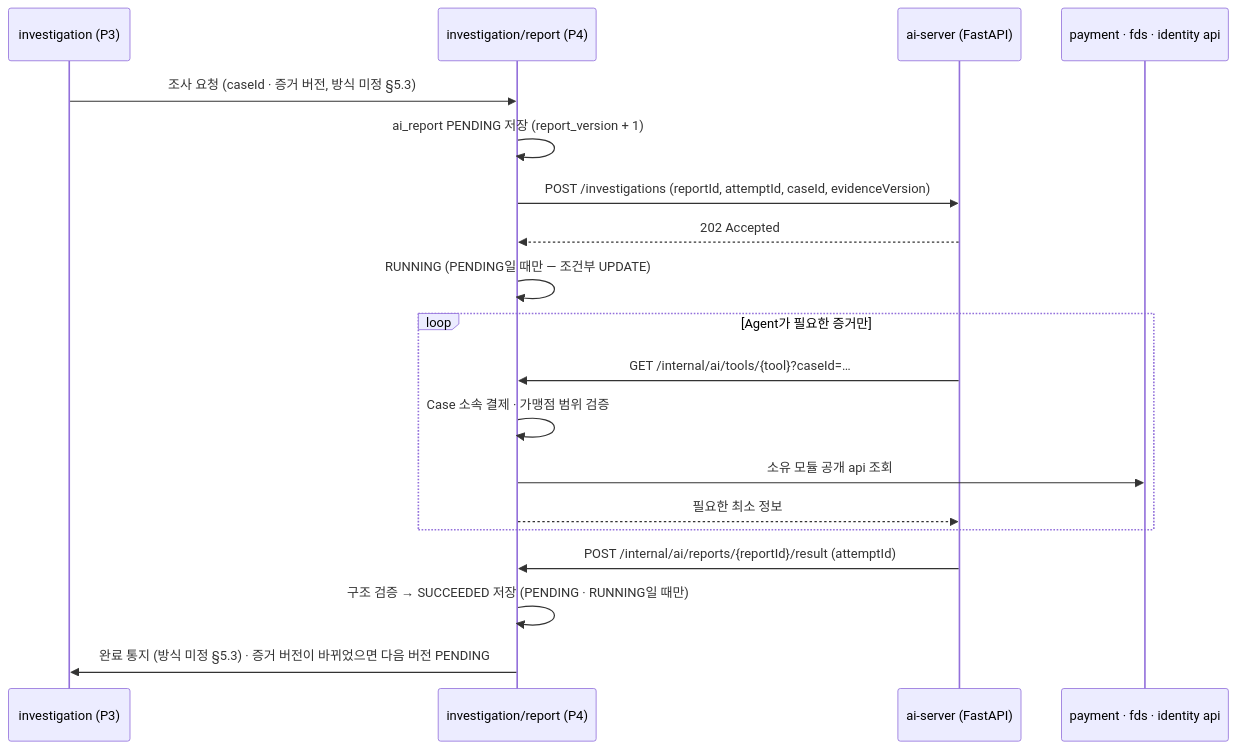
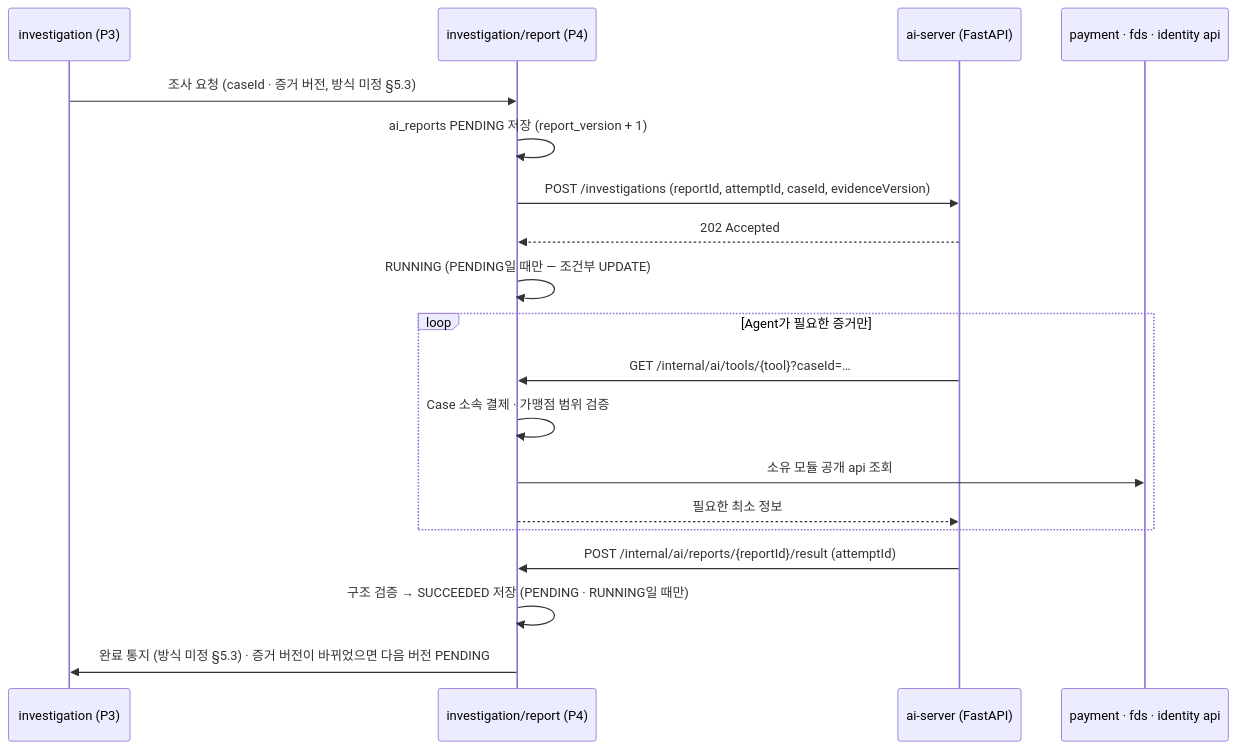
The diagram in docs/decisions/0009-ai-investigation-call-structure.md (HyunGyu-Cho/DonWorry), drawn with Mermaid before and after one commit. The commit also changed other lines of this file and 25 other files, not shown here.

First line of the commit message:
Feature/56 erd migrations (#57)

````diff
--- a/docs/decisions/0009-ai-investigation-call-structure.md
+++ b/docs/decisions/0009-ai-investigation-call-structure.md
@@ -25,22 +25,22 @@
 ```mermaid
 sequenceDiagram
     participant P3 as investigation (P3)
     participant R as investigation/report (P4)
     participant A as ai-server (FastAPI)
     participant O as payment · fds · identity api
 
     P3->>R: 조사 요청 (caseId · 증거 버전, 방식 미정 §5.3)
-    R->>R: ai_report PENDING 저장 (report_version + 1)
+    R->>R: ai_reports PENDING 저장 (report_version + 1)
     R->>A: POST /investigations (reportId, attemptId, caseId, evidenceVersion)
     A-->>R: 202 Accepted
     R->>R: RUNNING (PENDING일 때만 — 조건부 UPDATE)
     loop Agent가 필요한 증거만
         A->>R: GET /internal/ai/tools/{tool}?caseId=…
         R->>R: Case 소속 결제 · 가맹점 범위 검증
         R->>O: 소유 모듈 공개 api 조회
         R-->>A: 필요한 최소 정보
     end
     A->>R: POST /internal/ai/reports/{reportId}/result (attemptId)
     R->>R: 구조 검증 → SUCCEEDED 저장 (PENDING · RUNNING일 때만)
     R->>P3: 완료 통지 (방식 미정 §5.3) · 증거 버전이 바뀌었으면 다음 버전 PENDING
 ```
````
